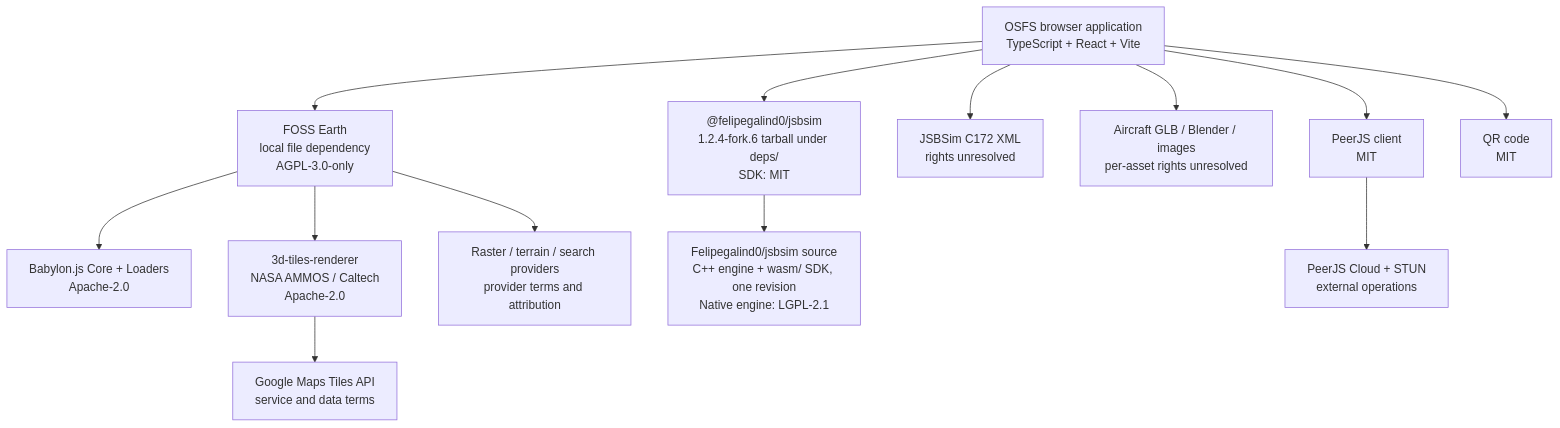
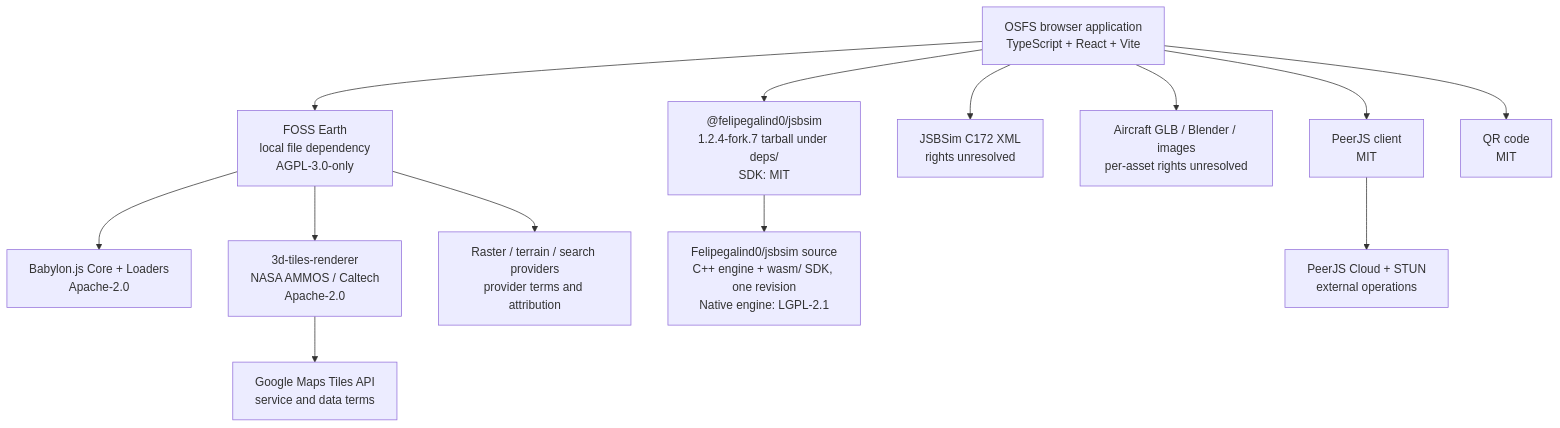
The diagram in docs/software-dependency-graph.md (0SFS/0SFS.github.io), drawn with Mermaid before and after one commit. The commit also changed other lines of this file and 14 other files, not shown here.

First line of the commit message:
Adopt JSBSim 1.2.4-fork.7 for the recorded SF50 idle fuel flow

````diff
--- a/docs/software-dependency-graph.md
+++ b/docs/software-dependency-graph.md
@@ -24,28 +24,28 @@
 ```mermaid
 flowchart TB
   OSFS["OSFS browser application<br/>TypeScript + React + Vite"]
   FE["FOSS Earth<br/>local file dependency<br/>AGPL-3.0-only"]
   BJS["Babylon.js Core + Loaders<br/>Apache-2.0"]
   TILES["3d-tiles-renderer<br/>NASA AMMOS / Caltech<br/>Apache-2.0"]
-  JSW["@felipegalind0/jsbsim<br/>1.2.4-fork.6 tarball under deps/<br/>SDK: MIT"]
+  JSW["@felipegalind0/jsbsim<br/>1.2.4-fork.7 tarball under deps/<br/>SDK: MIT"]
   JSB["Felipegalind0/jsbsim source<br/>C++ engine + wasm/ SDK, one revision<br/>Native engine: LGPL-2.1"]
   DATA["JSBSim C172 XML<br/>rights unresolved"]
   ASSETS["Aircraft GLB / Blender / images<br/>per-asset rights unresolved"]
   PEER["PeerJS client<br/>MIT"]
   QR["QR code<br/>MIT"]
   GOOGLE["Google Maps Tiles API<br/>service and data terms"]
   MAPS["Raster / terrain / search providers<br/>provider terms and attribution"]
   SIGNAL["PeerJS Cloud + STUN<br/>external operations"]
 
   OSFS --> FE
   OSFS --> JSW --> JSB
   OSFS --> DATA
   OSFS --> ASSETS
   OSFS --> PEER
   OSFS --> QR
   FE --> BJS
   FE --> TILES
   TILES --> GOOGLE
   FE --> MAPS
   PEER --> SIGNAL
 ```
````
